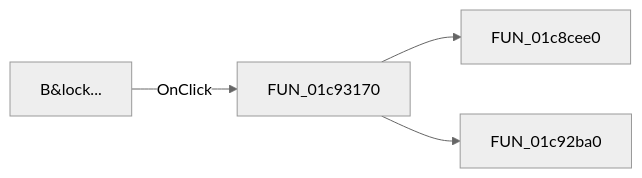
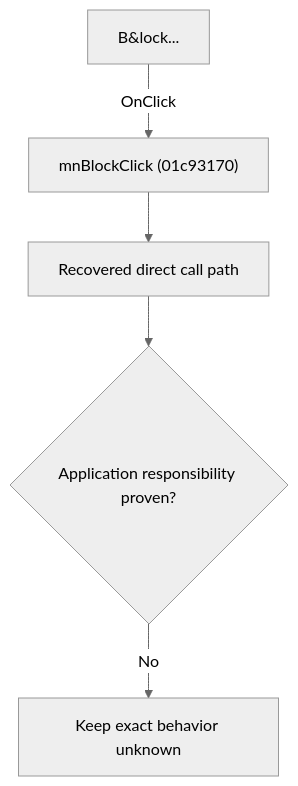
One commit to MovGP0/TIARA changed the diagram in docs/ui-controls/schematiceditor/mnblock-848d47367d.md. Above: the diagram before and after it, drawn with Mermaid (neutral theme). The commit also changed other lines of this file and 1062 other files, not shown here.

````diff
--- a/docs/ui-controls/schematiceditor/mnblock-848d47367d.md
+++ b/docs/ui-controls/schematiceditor/mnblock-848d47367d.md
@@ -27,6 +27,7 @@
 ```mermaid
-flowchart LR
-    control["B&lock..."] -->|OnClick| handler["FUN_01c93170"]
-    handler --> call1["FUN_01c8cee0"]
-    handler --> call2["FUN_01c92ba0"]
+flowchart TD
+    control["B&lock..."] -->|"OnClick"| handler["mnBlockClick (01c93170)"]
+    handler --> recovered["Recovered direct call path"]
+    recovered --> gap{"Application responsibility proven?"}
+    gap -->|"No"| blocked["Keep exact behavior unknown"]
 ```
````
